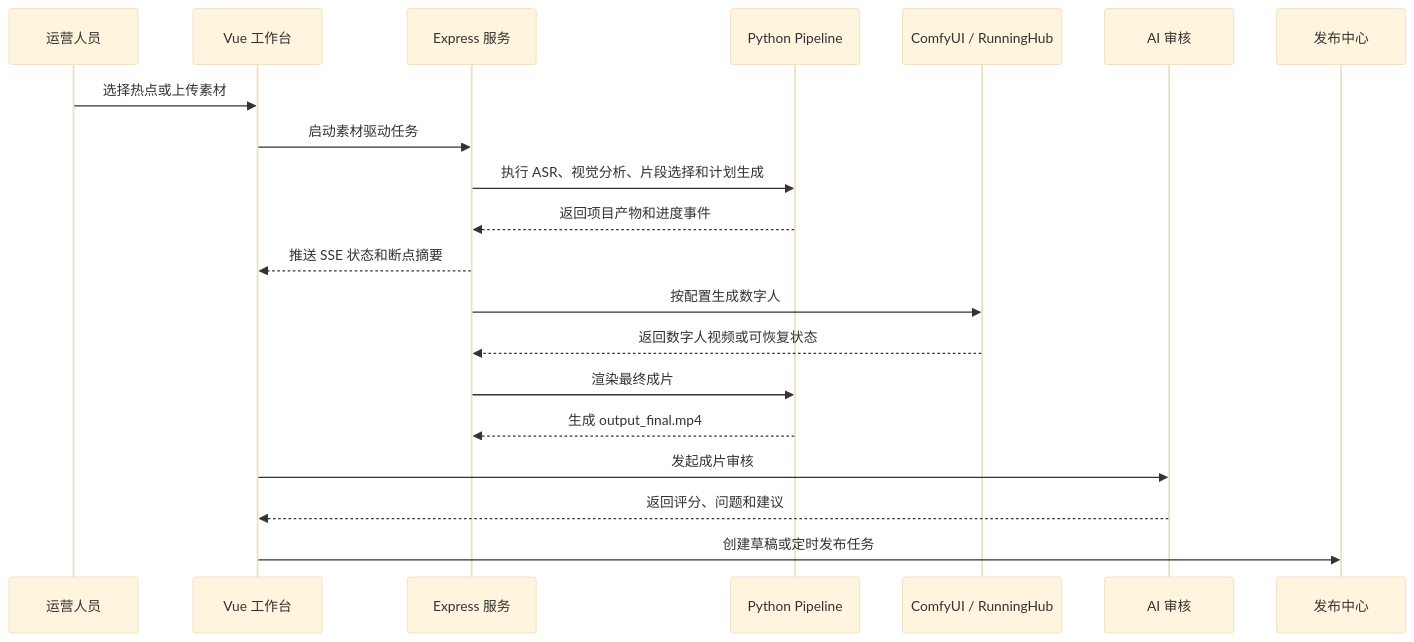
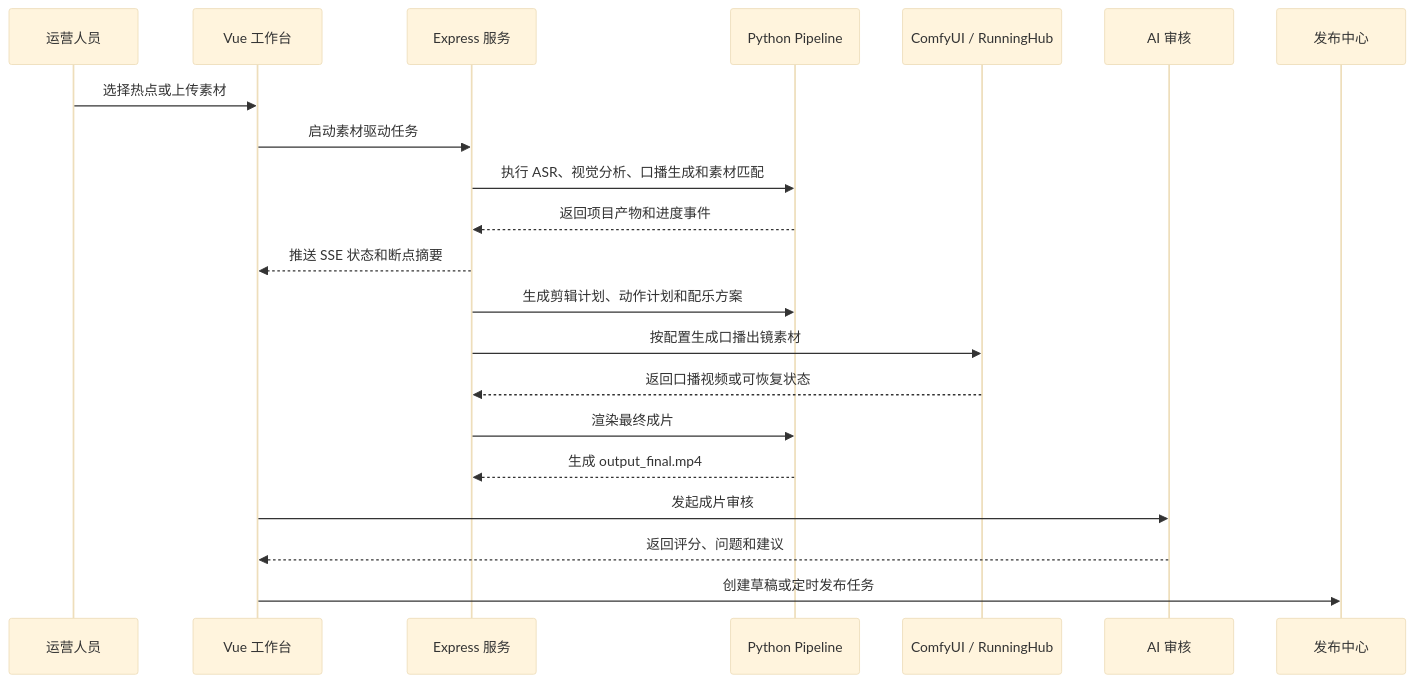
Before and after one commit to HQAmenghen/TrendCut-Studio: the diagram in docs/FEATURES.md, drawn with Mermaid (base theme). The commit also changed other lines of this file and 6 other files, not shown here.

````diff
--- a/docs/FEATURES.md
+++ b/docs/FEATURES.md
@@ -28,23 +29,24 @@
 ```mermaid
 sequenceDiagram
   participant Operator as 运营人员
   participant UI as Vue 工作台
   participant Node as Express 服务
   participant Python as Python Pipeline
   participant Avatar as ComfyUI / RunningHub
   participant Review as AI 审核
   participant Publish as 发布中心
 
   Operator->>UI: 选择热点或上传素材
   UI->>Node: 启动素材驱动任务
-  Node->>Python: 执行 ASR、视觉分析、片段选择和计划生成
+  Node->>Python: 执行 ASR、视觉分析、口播生成和素材匹配
   Python-->>Node: 返回项目产物和进度事件
   Node-->>UI: 推送 SSE 状态和断点摘要
-  Node->>Avatar: 按配置生成数字人
-  Avatar-->>Node: 返回数字人视频或可恢复状态
+  Node->>Python: 生成剪辑计划、动作计划和配乐方案
+  Node->>Avatar: 按配置生成口播出镜素材
+  Avatar-->>Node: 返回口播视频或可恢复状态
   Node->>Python: 渲染最终成片
   Python-->>Node: 生成 output_final.mp4
   UI->>Review: 发起成片审核
   Review-->>UI: 返回评分、问题和建议
   UI->>Publish: 创建草稿或定时发布任务
 ```
````
